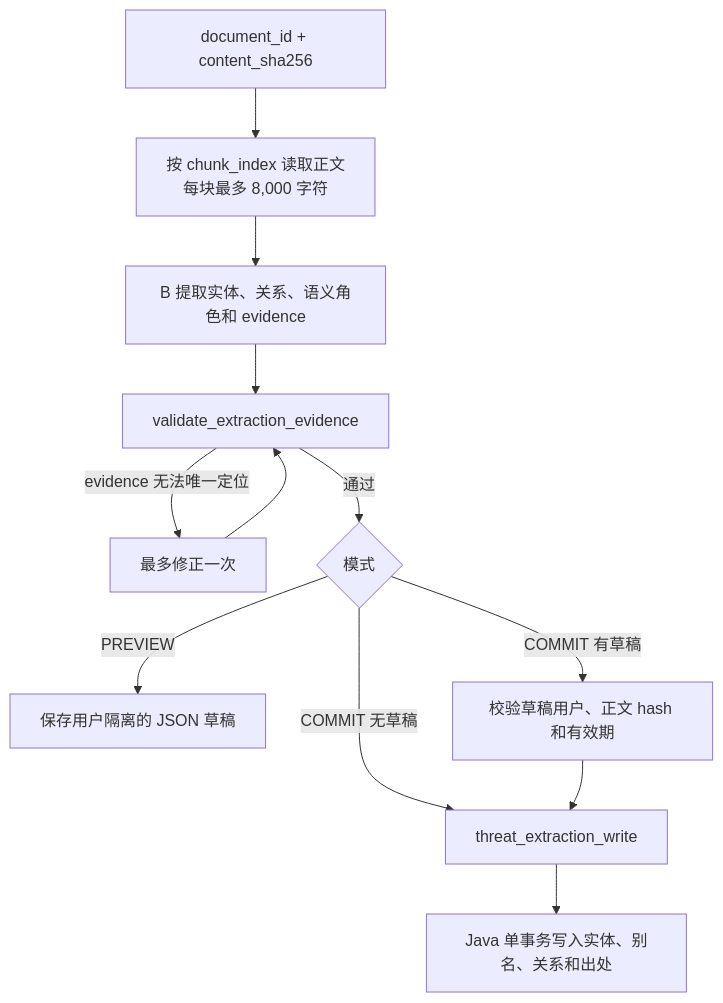
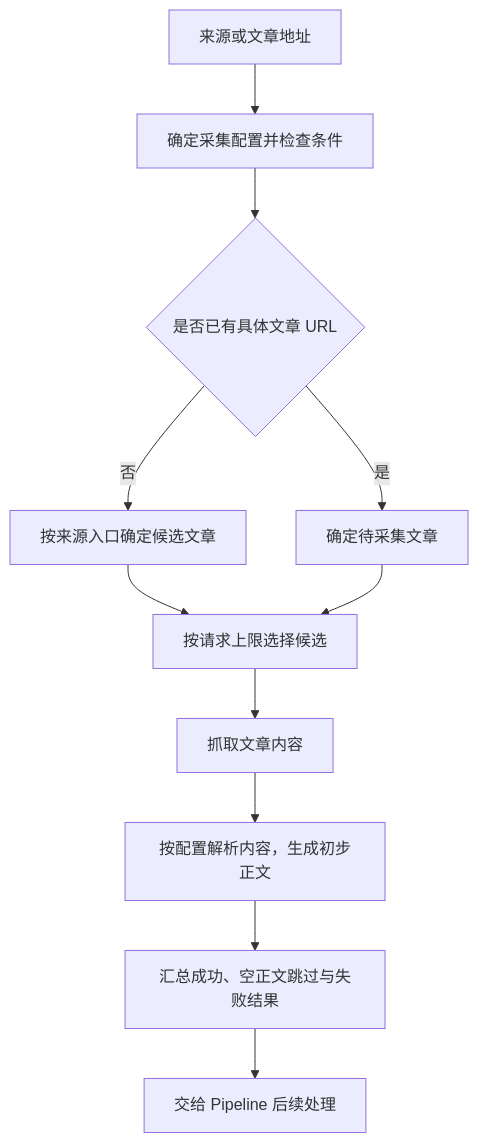
The ninth of 33 diagrams in doc/PROJECT_DOCUMENTATION.md (greenC2h/ThreatWeave), drawn with Mermaid before and after one commit. The commit also changed other lines of this file and 9 other files, not shown here.

````diff
--- a/doc/PROJECT_DOCUMENTATION.md
+++ b/doc/PROJECT_DOCUMENTATION.md
@@ -334,14 +661,13 @@
 ```mermaid
 flowchart TD
-    DOC["document_id + content_sha256"] --> READ["按 chunk_index 读取正文<br/>每块最多 8,000 字符"]
-    READ --> CANDIDATE["B 提取实体、关系、语义角色和 evidence"]
-    CANDIDATE --> VALIDATE["validate_extraction_evidence"]
-    VALIDATE -->|"evidence 无法唯一定位"| RETRY["最多修正一次"]
-    RETRY --> VALIDATE
-    VALIDATE -->|"通过"| BRANCH{"模式"}
-    BRANCH -->|"PREVIEW"| DRAFT["保存用户隔离的 JSON 草稿"]
-    BRANCH -->|"COMMIT 无草稿"| WRITE["threat_extraction_write"]
-    BRANCH -->|"COMMIT 有草稿"| RECHECK["校验草稿用户、正文 hash 和有效期"]
-    RECHECK --> WRITE
-    WRITE --> TX["Java 单事务写入实体、别名、关系和出处"]
+    INPUT["来源或文章地址"] --> CONFIG["确定采集配置并检查条件"]
+    CONFIG --> TARGET{"是否已有具体文章 URL"}
+    TARGET -->|是| ARTICLE["确定待采集文章"]
+    TARGET -->|否| SOURCE["按来源入口确定候选文章"]
+    SOURCE --> LIMIT["按请求上限选择候选"]
+    ARTICLE --> LIMIT
+    LIMIT --> FETCH["抓取文章内容"]
+    FETCH --> PARSE["按配置解析内容，生成初步正文"]
+    PARSE --> REPORT["汇总成功、空正文跳过与失败结果"]
+    REPORT --> PIPE["交给 Pipeline 后续处理"]
 ```
````
